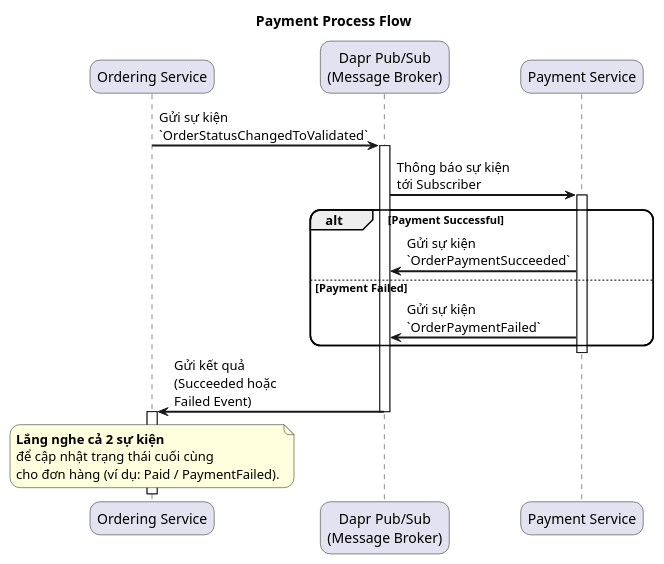
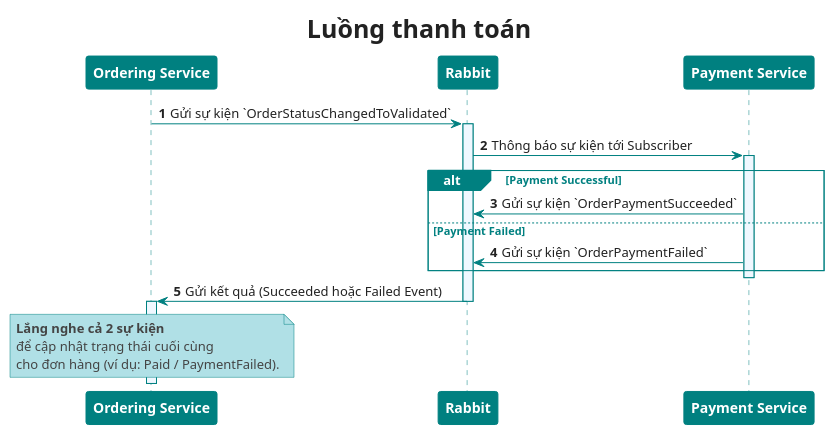
The diagram in Backend/SEQ/Payment/Payment.puml (MinhTrinh04/Beef-Restaurant), drawn with PlantUML before and after one commit. The commit also changed 5 other files, not shown here.

Commit message:
Update SEQ diagrams DONE

```diff
--- a/Backend/SEQ/Payment/Payment.puml
+++ b/Backend/SEQ/Payment/Payment.puml
@@ -1,55 +1,79 @@
 @startuml
-' --- Style Enhancements ---
-skinparam handwritten false
-skinparam sequenceArrowThickness 2
-skinparam roundcorner 20
-skinparam maxmessagesize 120
-skinparam sequenceParticipant padding 20
-skinparam sequenceBoxBackgroundColor LightYellow
+'https://plantuml.com/sequence-diagram
+skinparam shadowing false
+skinparam responseMessageBelowArrow false
+skinparam DefaultFontColor #222
+skinparam TitleFontSize 25
+skinparam NoteBorderColor #teal
+skinparam NoteBackgroundColor #powderblue
+skinparam NoteFontColor 444
+skinparam DatabaseBorderColor #teal
+skinparam DatabaseBackgroundColor #bisque
+skinparam sequence {
+ParticipantBorderThickness 1
+ParticipantBorderColor #teal
+ParticipantBackgroundColor #teal
+ParticipantFontColor #white
+ParticipantFontSize 14
+ParticipantFontStyle bold
+LifeLineBorderColor #teal
+LifeLineBackgroundColor #aliceblue
+ArrowColor #teal
+ActorBorderColor #teal
+GroupBorderThickness 1
+GroupBorderColor #teal
+GroupHeaderFontColor #white
+GroupBackgroundColor #teal
+GroupFontColor #teal
+ReferenceBorderThickness 1
+ReferenceBorderColor #teal
+ReferenceBackgroundColor #aliceblue
+ReferenceHeaderBackgroundColor #white
+ReferenceFontColor #teal
+}
+autonumber
 
-title Payment Process Flow 
+title Luồng thanh toán
 
 ' --- Participants Definition ---
 participant "Ordering Service" as Ordering
-participant "Dapr Pub/Sub\n(Message Broker)" as PubSub
+participant "Rabbit" as MQ
 participant "Payment Service" as Payment
 
 ' === Luồng 1: Đơn hàng được xác thực ===
 box "1. Order Validation" #LightBlue
-    Ordering -> PubSub: Gửi sự kiện `OrderStatusChangedToValidated`
-    activate PubSub
+    Ordering -> MQ: Gửi sự kiện `OrderStatusChangedToValidated`
+    activate MQ
 end box
 
 ' === Luồng 2: Payment Service xử lý thanh toán ===
 box "2. Payment Processing" #LightGreen
-    PubSub -> Payment: Thông báo sự kiện tới Subscriber
+    MQ -> Payment: Thông báo sự kiện tới Subscriber
     activate Payment
 
 
     ' Kết quả thanh toán có thể thành công hoặc thất bại
     alt Payment Successful
-        Payment -> PubSub: Gửi sự kiện `OrderPaymentSucceeded`
+        Payment -> MQ: Gửi sự kiện `OrderPaymentSucceeded`
     else Payment Failed
-        Payment -> PubSub: Gửi sự kiện `OrderPaymentFailed`
+        Payment -> MQ: Gửi sự kiện `OrderPaymentFailed`
     end alt
 
     deactivate Payment
 end box
 
-' === Luồng 3: Ordering Service cập nhật trạng thái cuối cùng ===
 box "3. Final Order Update" #LightCoral
-    ' Ordering Service cũng đăng ký lắng nghe sự kiện kết quả thanh toán
-    PubSub -> Ordering: Gửi kết quả (Succeeded hoặc Failed Event)
-    deactivate PubSub
+    MQ -> Ordering: Gửi kết quả (Succeeded hoặc Failed Event)
+    deactivate MQ
     activate Ordering
     
     note over Ordering
         **Lắng nghe cả 2 sự kiện**
         để cập nhật trạng thái cuối cùng
         cho đơn hàng (ví dụ: Paid / PaymentFailed).
     end note
     
     deactivate Ordering
 end box
 
 @enduml
```
